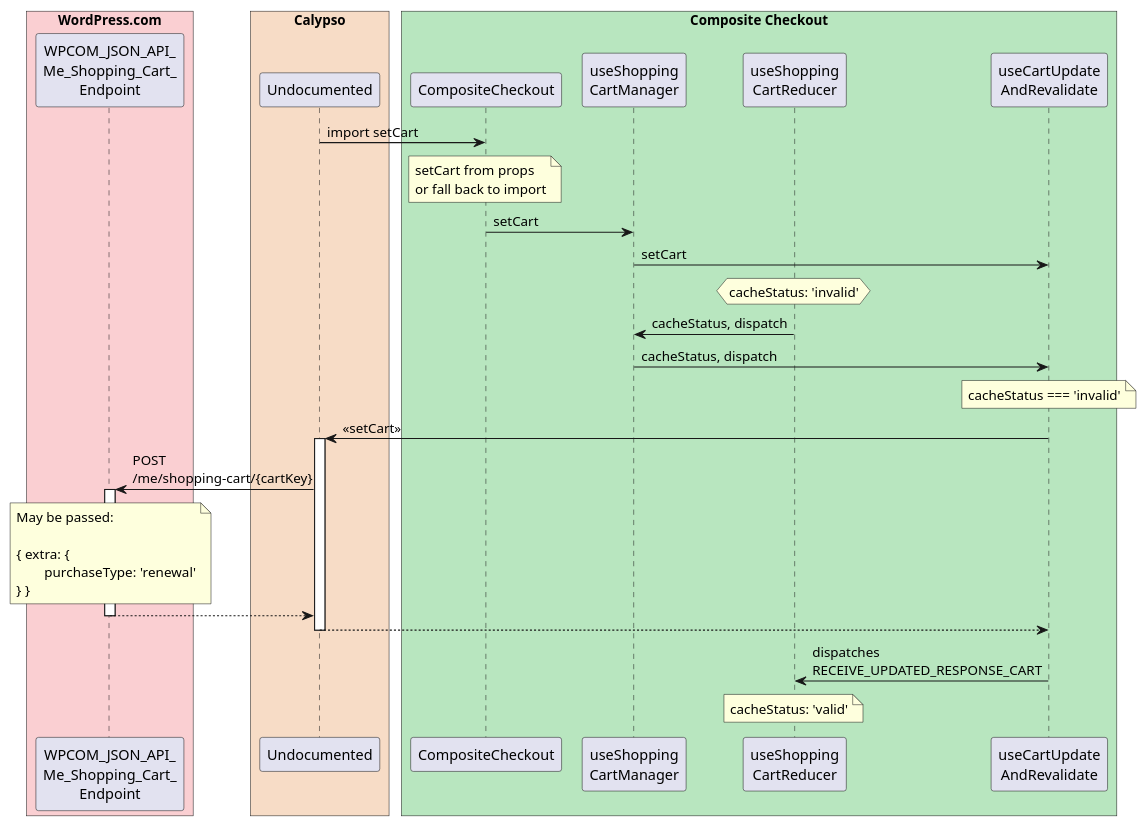
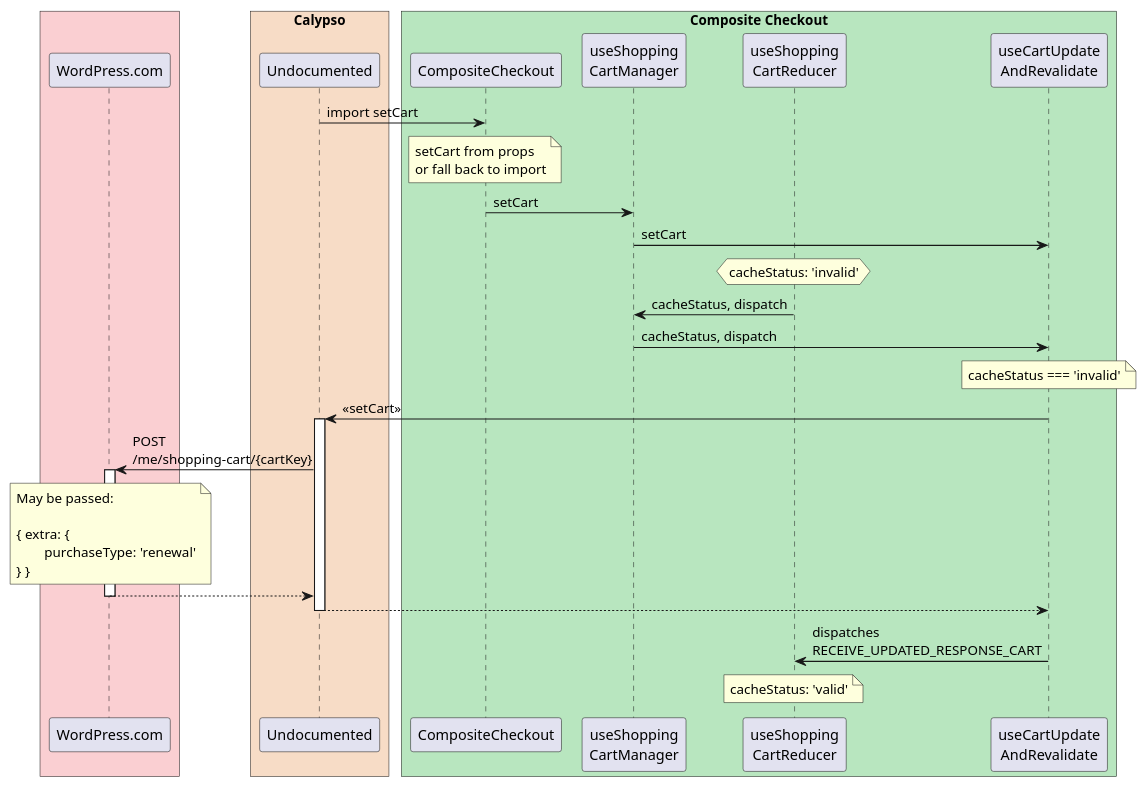
The diagram in client/my-sites/checkout/docs/set-cart.puml (younessomlk/wp-caly), drawn with PlantUML before and after one commit. The commit also changed 3 other files, not shown here.

```diff
--- a/client/my-sites/checkout/docs/set-cart.puml
+++ b/client/my-sites/checkout/docs/set-cart.puml
@@ -1,58 +1,58 @@
 @startuml
 
 'red: #facfd2
 'orange: #f7dcc6
 'yellow: #f5e6b3
 'green: #b8e6bf
 
 skinparam ParticipantPadding 5
 skinparam BoxPadding 5
-box "WordPress.com" #facfd2
-  participant WPCOM_JSON_API_Me_Shopping_Cart_Endpoint as "WPCOM_JSON_API_\nMe_Shopping_Cart_\nEndpoint"
+box " " #facfd2
+  participant WordPress.com
 end box
 box "Calypso" #f7dcc6
   participant Undocumented
 end box
 box "Composite Checkout" #b8e6bf
   participant CompositeCheckout
   participant useShoppingCartManager as "useShopping\nCartManager"
   participant useShoppingCartReducer as "useShopping\nCartReducer"
   participant useCartUpdateAndRevalidate as "useCartUpdate\nAndRevalidate"
 end box
 
 'Imports
 Undocumented -> CompositeCheckout : import setCart
 note over CompositeCheckout
 	setCart from props
 	or fall back to import
 end note
 CompositeCheckout -> useShoppingCartManager : setCart
 useShoppingCartManager -> useCartUpdateAndRevalidate : setCart
 hnote over useShoppingCartReducer
 	cacheStatus: 'invalid'
 end hnote
 useShoppingCartReducer -> useShoppingCartManager : cacheStatus, dispatch
 useShoppingCartManager -> useCartUpdateAndRevalidate : cacheStatus, dispatch
 note over useCartUpdateAndRevalidate
 	cacheStatus === 'invalid'
 end note
 useCartUpdateAndRevalidate -> Undocumented : << setCart >>
 activate Undocumented
-Undocumented -> WPCOM_JSON_API_Me_Shopping_Cart_Endpoint : POST\n/me/shopping-cart/{cartKey}
-activate WPCOM_JSON_API_Me_Shopping_Cart_Endpoint
+Undocumented -> WordPress.com : POST\n/me/shopping-cart/{cartKey}
+activate WordPress.com
 'Explain renewal flags
-note over WPCOM_JSON_API_Me_Shopping_Cart_Endpoint
+note over WordPress.com
 	May be passed:
 
 	{ extra: {
 		purchaseType: 'renewal'
 	} }
 end note
 return
 return
 useCartUpdateAndRevalidate -> useShoppingCartReducer : dispatches\nRECEIVE_UPDATED_RESPONSE_CART
 note over useShoppingCartReducer
 	cacheStatus: 'valid'
 end note
 
 @enduml
```
